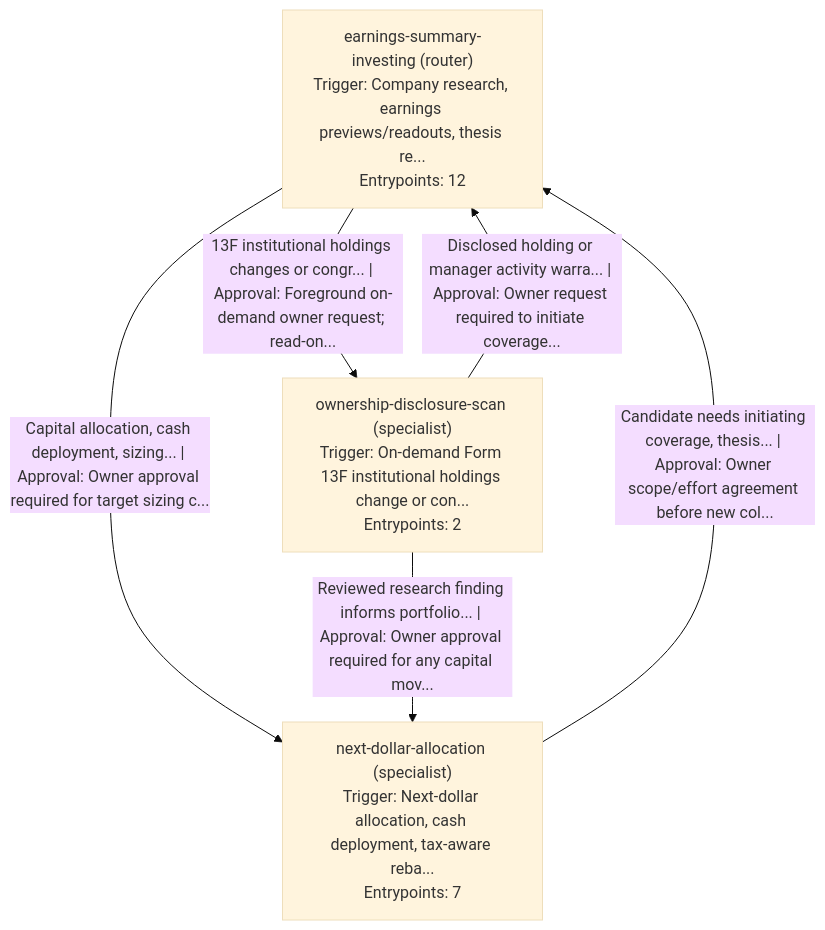
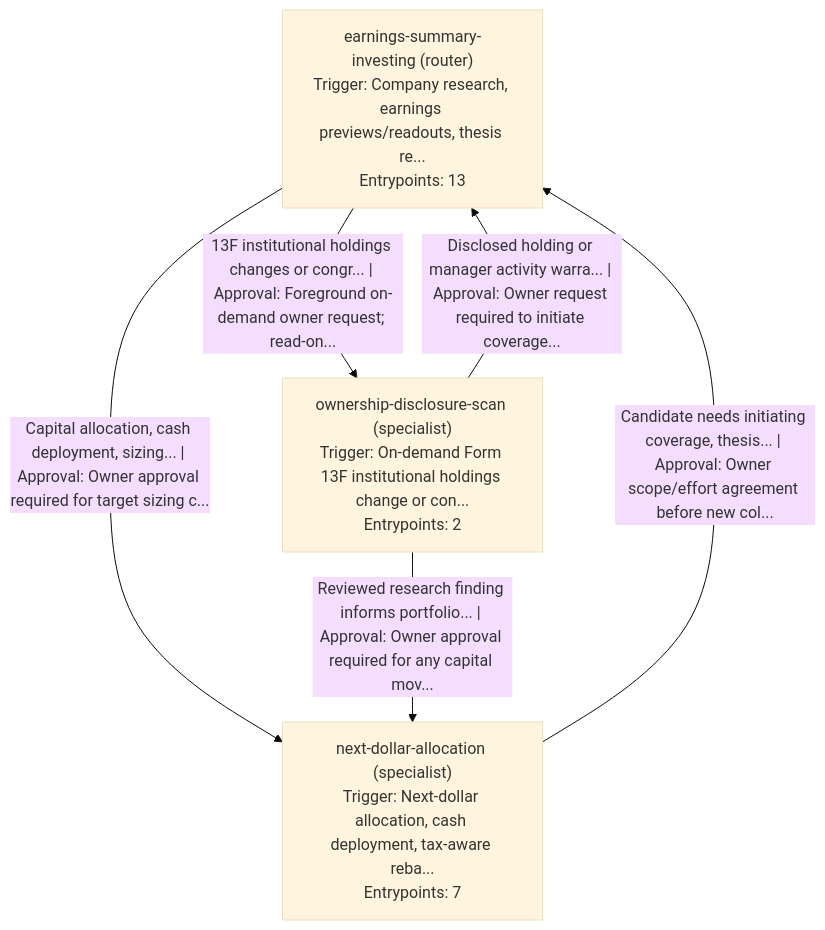
One commit to bhanunuthakki/earnings-summary changed the diagram in src/advisor/skills/earnings-summary-investing/references/skill-map.md. Above: the diagram before and after it, drawn with Mermaid (base theme). The commit also changed other lines of this file and 9 other files, not shown here.

````diff
--- a/src/advisor/skills/earnings-summary-investing/references/skill-map.md
+++ b/src/advisor/skills/earnings-summary-investing/references/skill-map.md
@@ -7,11 +7,11 @@
 ```mermaid
 flowchart TD
-  skill_earnings_summary_investing["earnings-summary-investing (router)<br/>Trigger: Company research, earnings previews/readouts, thesis re...<br/>Entrypoints: 12"]
+  skill_earnings_summary_investing["earnings-summary-investing (router)<br/>Trigger: Company research, earnings previews/readouts, thesis re...<br/>Entrypoints: 13"]
   skill_next_dollar_allocation["next-dollar-allocation (specialist)<br/>Trigger: Next-dollar allocation, cash deployment, tax-aware reba...<br/>Entrypoints: 7"]
   skill_ownership_disclosure_scan["ownership-disclosure-scan (specialist)<br/>Trigger: On-demand Form 13F institutional holdings change or con...<br/>Entrypoints: 2"]
   skill_earnings_summary_investing -->|"Capital allocation, cash deployment, sizing... | Approval: Owner approval required for target sizing c..."| skill_next_dollar_allocation
   skill_earnings_summary_investing -->|"13F institutional holdings changes or congr... | Approval: Foreground on-demand owner request; read-on..."| skill_ownership_disclosure_scan
   skill_next_dollar_allocation -->|"Candidate needs initiating coverage, thesis... | Approval: Owner scope/effort agreement before new col..."| skill_earnings_summary_investing
   skill_ownership_disclosure_scan -->|"Disclosed holding or manager activity warra... | Approval: Owner request required to initiate coverage..."| skill_earnings_summary_investing
   skill_ownership_disclosure_scan -->|"Reviewed research finding informs portfolio... | Approval: Owner approval required for any capital mov..."| skill_next_dollar_allocation
 ```
````
